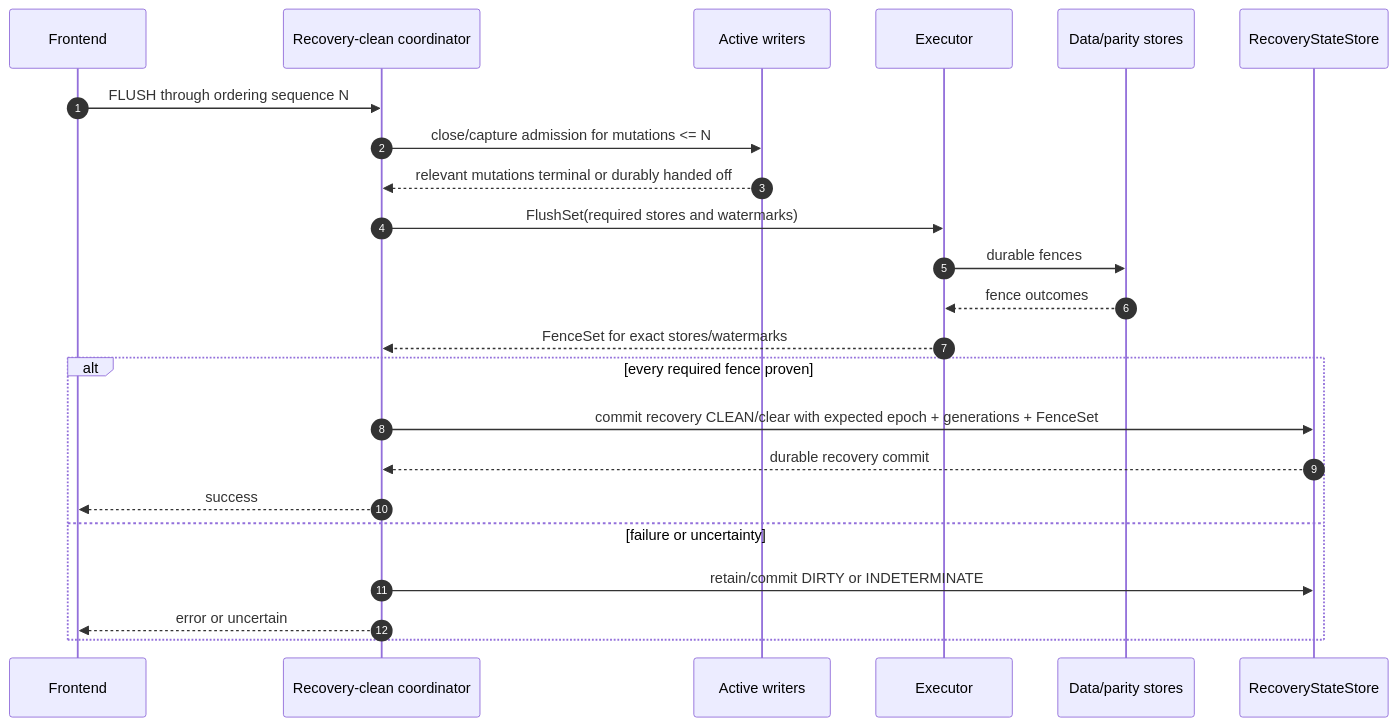
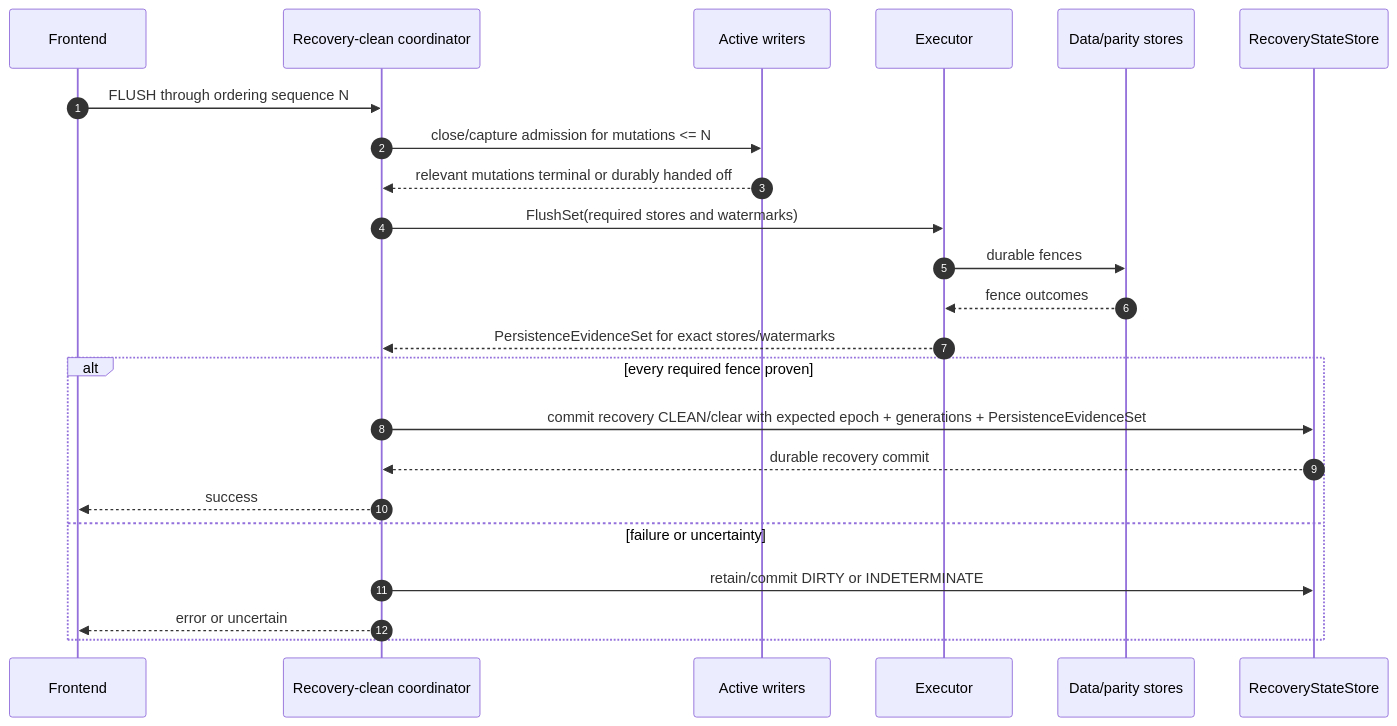
Before and after one commit to dvicory/DiskWeave: diagram 11 of 23 in docs/architecture/diskweave-architecture-roadmap-v0.8.md, drawn with Mermaid. The commit also changed other lines of this file and 3 other files, not shown here.

Commit message:
docs(vocabulary): finalize recovery terminology and planning evidence

````diff
--- a/docs/architecture/diskweave-architecture-roadmap-v0.8.md
+++ b/docs/architecture/diskweave-architecture-roadmap-v0.8.md
@@ -1582,26 +1582,26 @@
 ```mermaid
 sequenceDiagram
     autonumber
     participant F as Frontend
     participant C as Recovery-clean coordinator
     participant W as Active writers
     participant E as Executor
     participant S as Data/parity stores
     participant R as RecoveryStateStore
 
     F->>C: FLUSH through ordering sequence N
     C->>W: close/capture admission for mutations <= N
     W-->>C: relevant mutations terminal or durably handed off
     C->>E: FlushSet(required stores and watermarks)
     E->>S: durable fences
     S-->>E: fence outcomes
-    E-->>C: FenceSet for exact stores/watermarks
+    E-->>C: PersistenceEvidenceSet for exact stores/watermarks
     alt every required fence proven
-        C->>R: commit recovery CLEAN/clear with expected epoch + generations + FenceSet
+        C->>R: commit recovery CLEAN/clear with expected epoch + generations + PersistenceEvidenceSet
         R-->>C: durable recovery commit
         C-->>F: success
     else failure or uncertainty
         C->>R: retain/commit DIRTY or INDETERMINATE
         C-->>F: error or uncertain
     end
 ```
````
